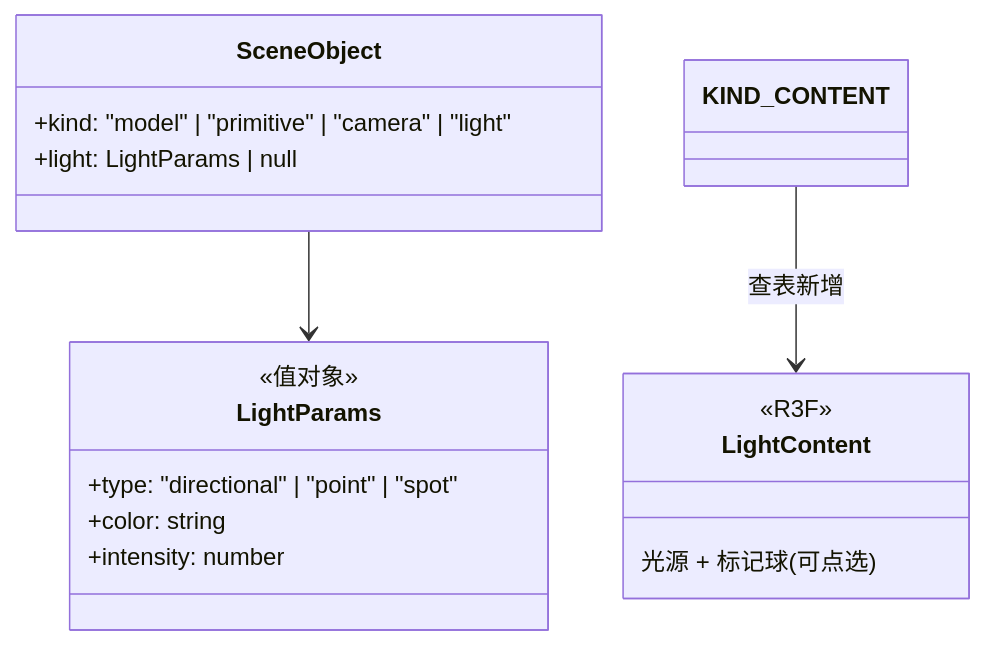
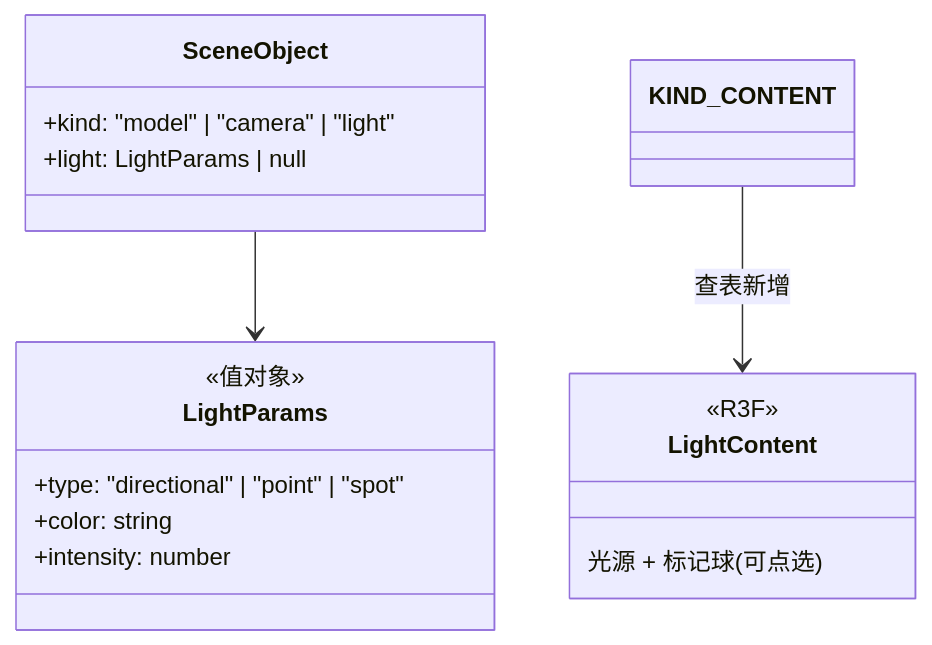
Before and after one commit to amwyygyuge/3d-director-desk: the diagram in docs/exec2/03-lighting.md, drawn with Mermaid. The commit also changed 14 other files, not shown here.

````diff
--- a/docs/exec2/03-lighting.md
+++ b/docs/exec2/03-lighting.md
@@ -14,19 +14,19 @@
 ```mermaid
 classDiagram
     class SceneObject {
-        +kind: "model" | "primitive" | "camera" | "light"
+        +kind: "model" | "camera" | "light"
         +light: LightParams | null
     }
     class LightParams {
         <<值对象>>
         +type: "directional" | "point" | "spot"
         +color: string
         +intensity: number
     }
     class LightContent {
         <<R3F>>
         光源 + 标记球(可点选)
     }
     SceneObject --> LightParams
     KIND_CONTENT --> LightContent : 查表新增
 ```
````
